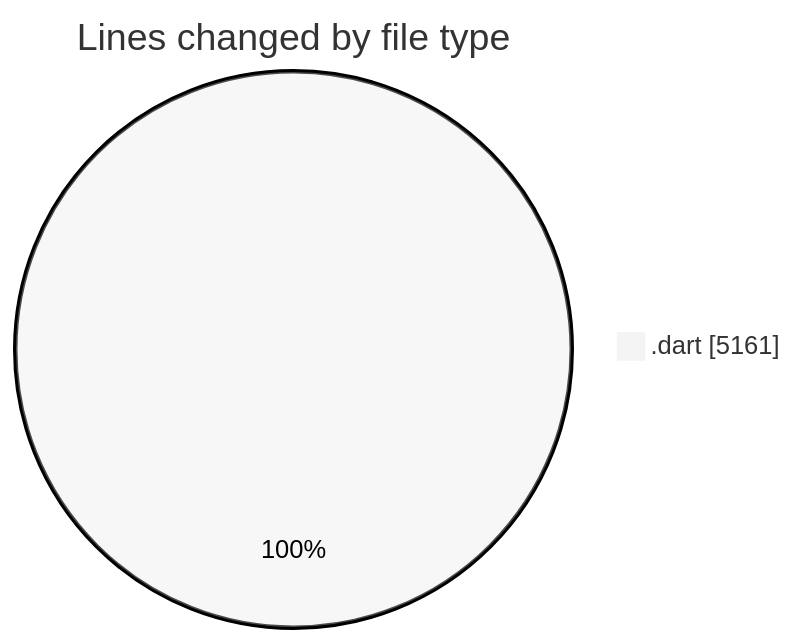
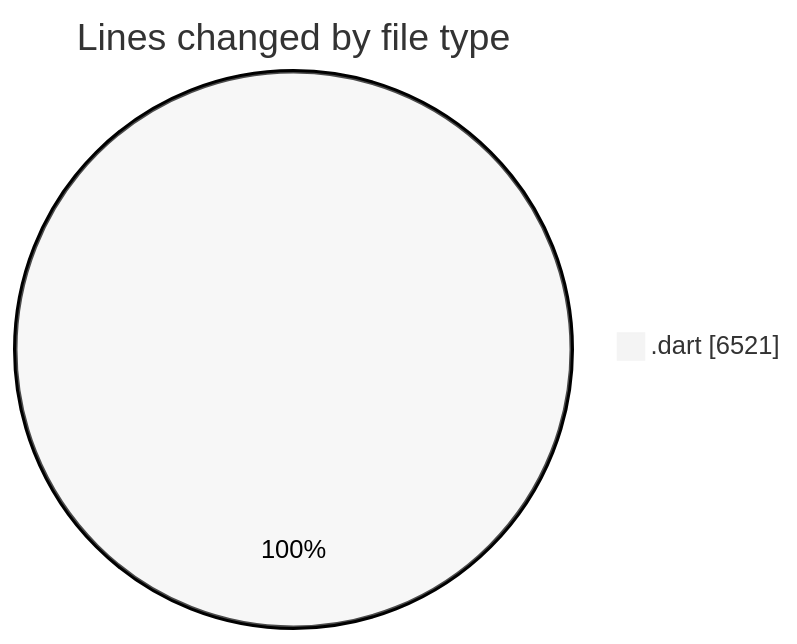
Before and after one commit to lephambinh05/code-tracking: the first of 2 diagrams in 2025-08-16/studybuddy/README.md, drawn with Mermaid (neutral theme). The commit also changed other lines of this file and 1 other file, not shown here.

````diff
--- a/2025-08-16/studybuddy/README.md
+++ b/2025-08-16/studybuddy/README.md
@@ -29,5 +34,5 @@
 ```mermaid
 pie showData
 title Lines changed by file type
-".dart" : 5161
+".dart" : 6521
 ```
````
